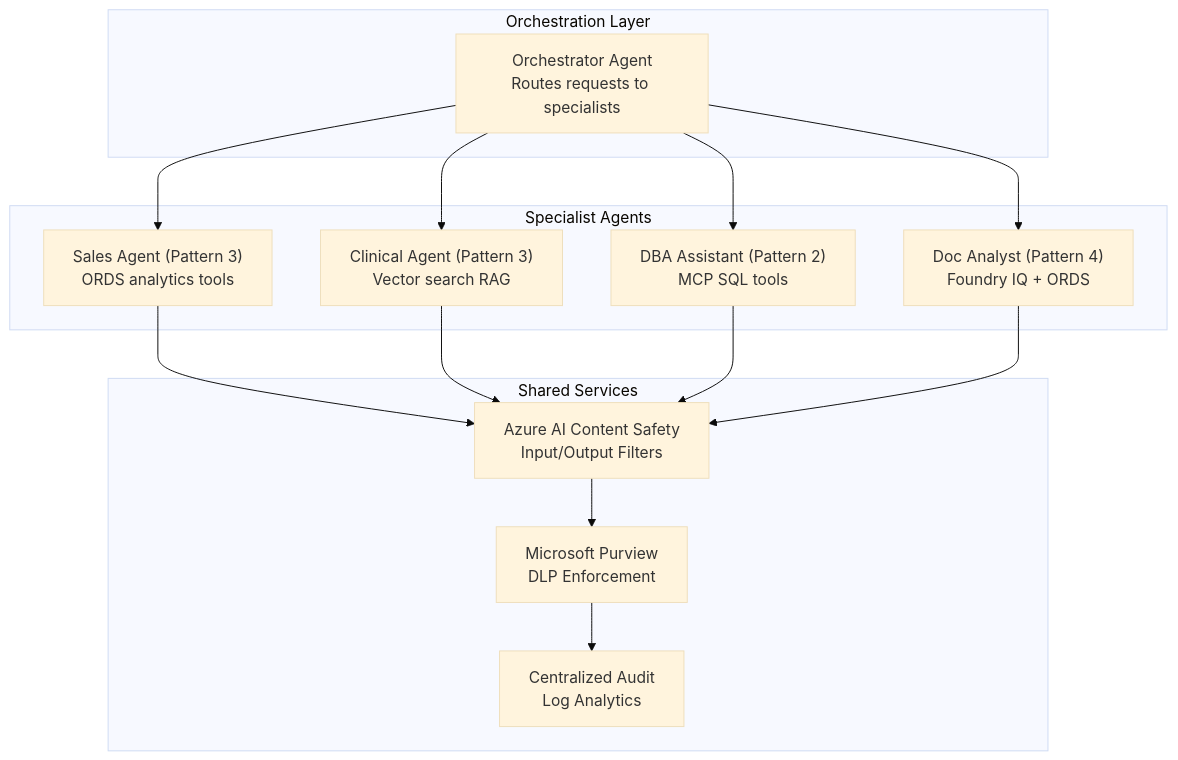
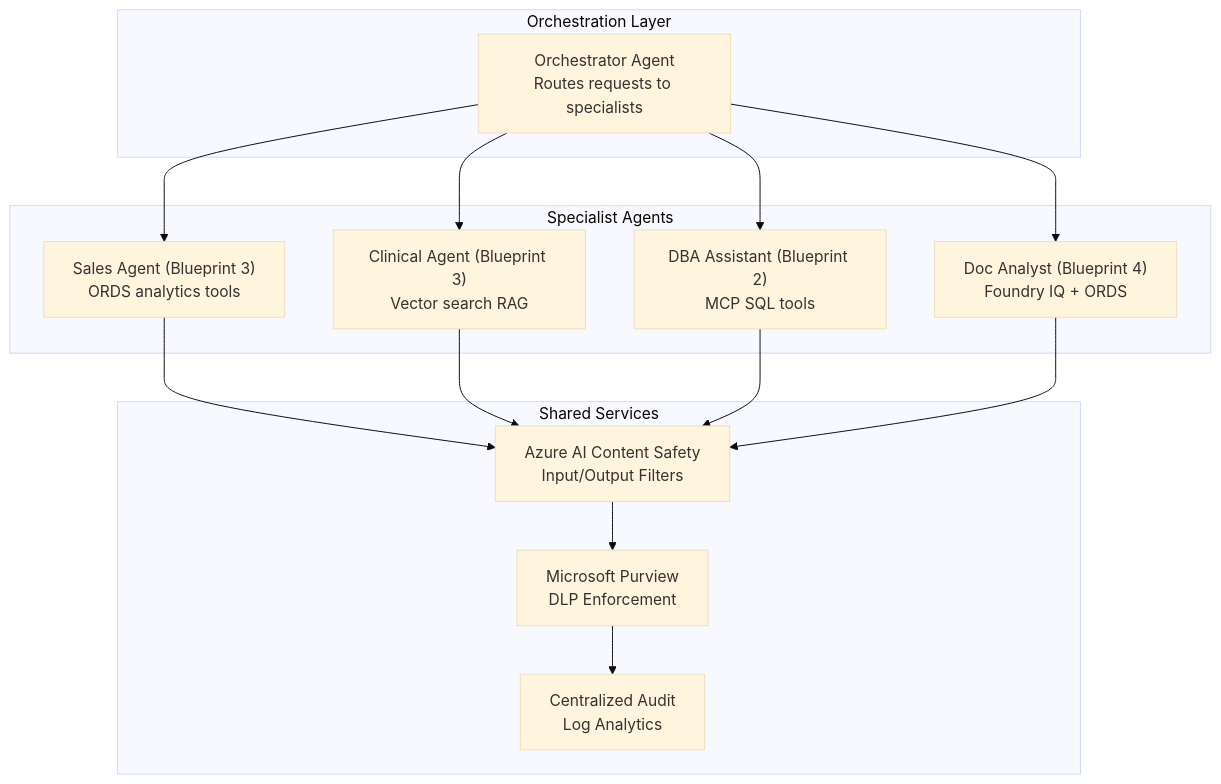
The fifth of 10 diagrams in docs/04-foundry-agents.md (ryellajo12/ODAA-AI-Playbook), drawn with Mermaid (base theme) before and after one commit. The commit also changed other lines of this file and 9 other files, not shown here.

Commit message:
Rename Pattern to Blueprint across all files

````diff
--- a/docs/04-foundry-agents.md
+++ b/docs/04-foundry-agents.md
@@ -790,30 +790,30 @@
 ```mermaid
 graph TB
  subgraph "Orchestration Layer"
  ORCH["Orchestrator Agent<br/>Routes requests to specialists"]
  end
 
  subgraph "Specialist Agents"
- SALES["Sales Agent (Pattern 3)<br/>ORDS analytics tools"]
- CLINICAL["Clinical Agent (Pattern 3)<br/>Vector search RAG"]
- DBA["DBA Assistant (Pattern 2)<br/>MCP SQL tools"]
- DOCS["Doc Analyst (Pattern 4)<br/>Foundry IQ + ORDS"]
+ SALES["Sales Agent (Blueprint 3)<br/>ORDS analytics tools"]
+ CLINICAL["Clinical Agent (Blueprint 3)<br/>Vector search RAG"]
+ DBA["DBA Assistant (Blueprint 2)<br/>MCP SQL tools"]
+ DOCS["Doc Analyst (Blueprint 4)<br/>Foundry IQ + ORDS"]
  end
 
  subgraph "Shared Services"
  ACS["Azure AI Content Safety<br/>Input/Output Filters"]
  PV["Microsoft Purview<br/>DLP Enforcement"]
  AUDIT["Centralized Audit<br/>Log Analytics"]
  end
 
  ORCH --> SALES
  ORCH --> CLINICAL
  ORCH --> DBA
  ORCH --> DOCS
  SALES --> ACS
  CLINICAL --> ACS
  DBA --> ACS
  DOCS --> ACS
  ACS --> PV
  PV --> AUDIT
 ```
````
